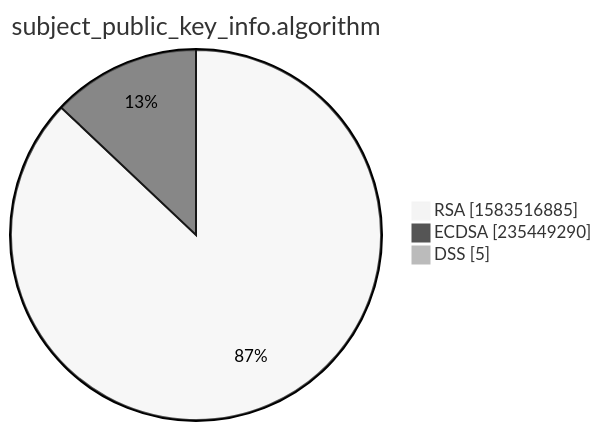
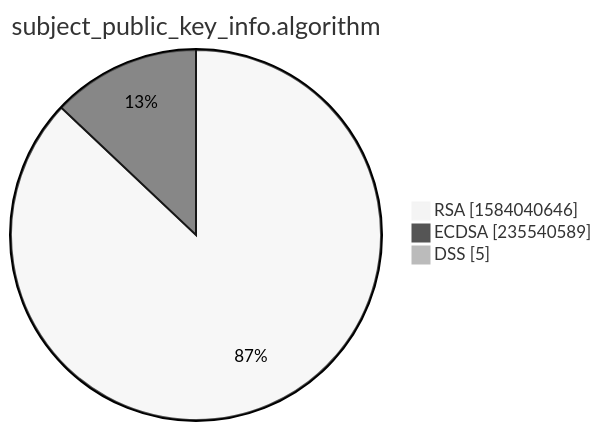
The third of 15 diagrams in xenon2022/README.md (christiankrug/ctmonitor_visualization), drawn with Mermaid (neutral theme) before and after one commit. The commit also changed other lines of this file, not shown here.

````diff
--- a/xenon2022/README.md
+++ b/xenon2022/README.md
@@ -14,7 +14,7 @@
 ```mermaid
 pie showData
 title subject_public_key_info.algorithm
-"RSA" :1583516885
-"ECDSA" :235449290
+"RSA" :1584040646
+"ECDSA" :235540589
 "DSS" :5
 ```
````
